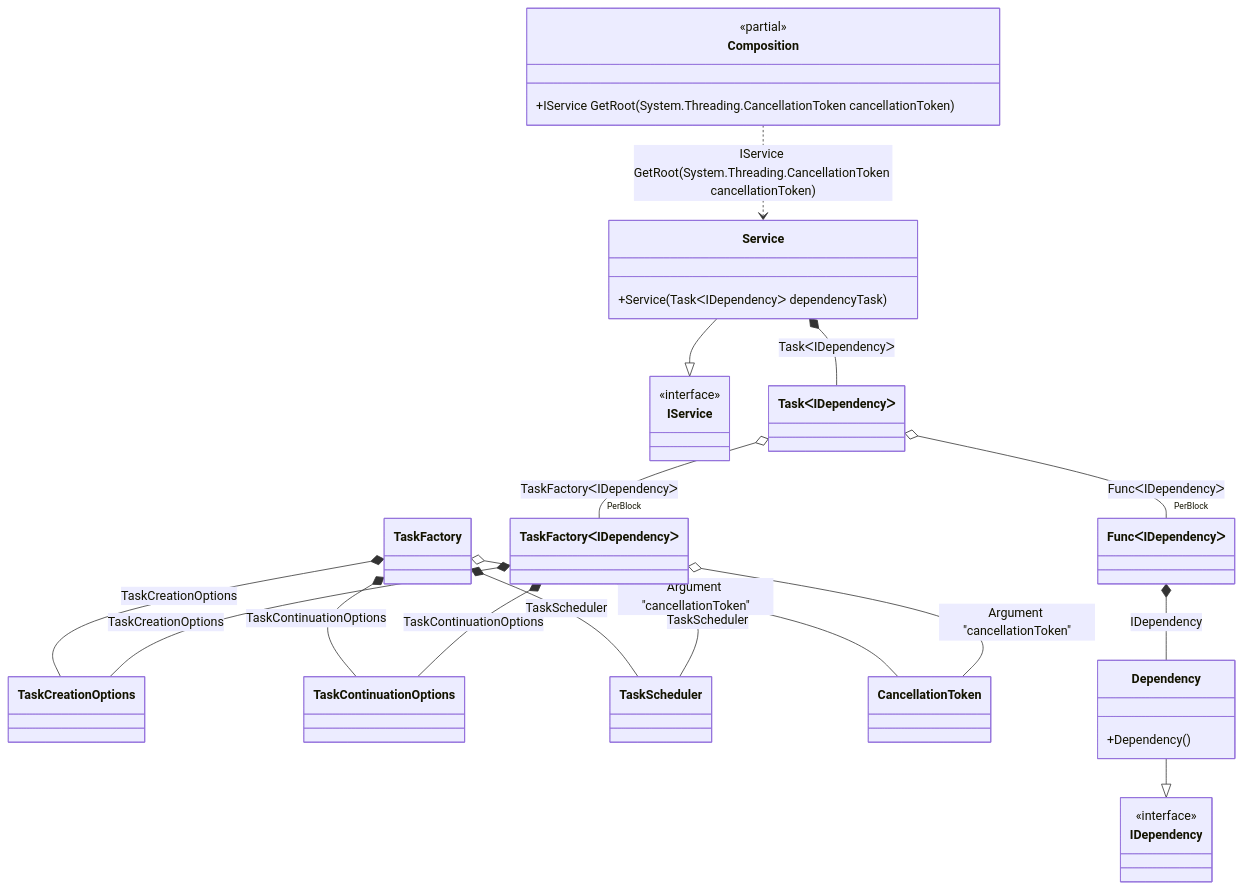
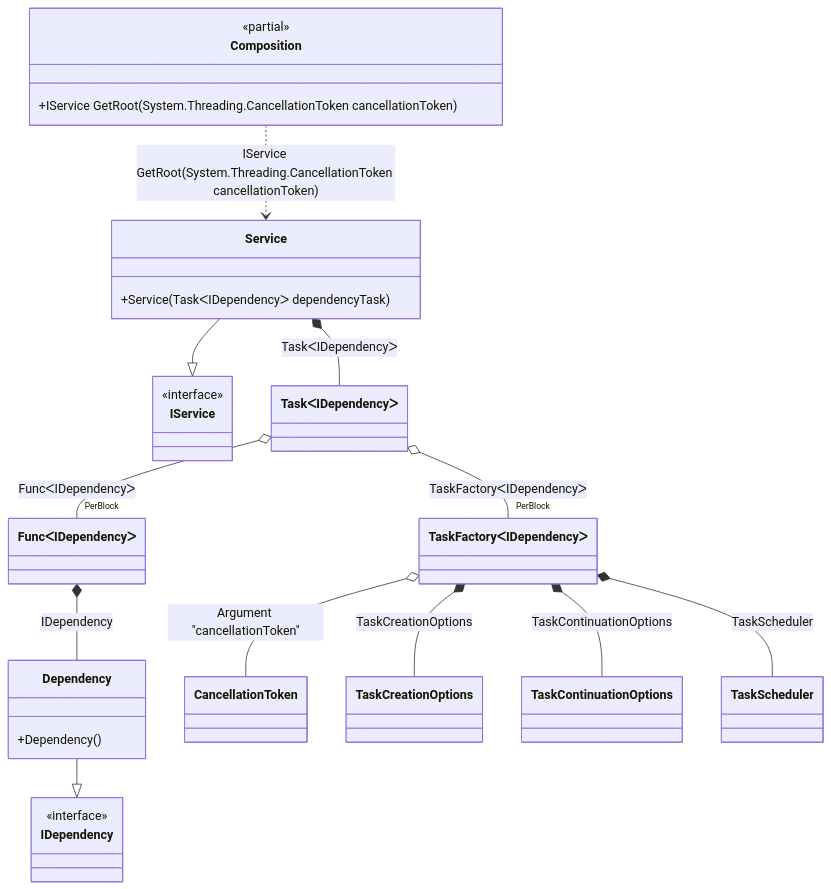
Before and after one commit to DevTeam/Pure.DI: the diagram in readme/task.md, drawn with Mermaid. The commit also changed 92 other files, not shown here.

````diff
--- a/readme/task.md
+++ b/readme/task.md
@@ -110,42 +110,37 @@
 ```mermaid
 classDiagram
 	class Composition {
 		<<partial>>
 		+IService GetRoot(System.Threading.CancellationToken cancellationToken)
-	}
-	class TaskCreationOptions
-	class TaskContinuationOptions
-	class TaskFactory
-	class TaskScheduler
-	class CancellationToken
-	Dependency --|> IDependency
-	class Dependency {
-		+Dependency()
 	}
 	Service --|> IService
 	class Service {
 		+Service(TaskᐸIDependencyᐳ dependencyTask)
 	}
 	class TaskᐸIDependencyᐳ
 	class FuncᐸIDependencyᐳ
 	class TaskFactoryᐸIDependencyᐳ
+	Dependency --|> IDependency
+	class Dependency {
+		+Dependency()
+	}
+	class CancellationToken
+	class TaskCreationOptions
+	class TaskContinuationOptions
+	class TaskScheduler
+	class IService {
+		<<interface>>
+	}
 	class IDependency {
 		<<interface>>
 	}
-	class IService {
-		<<interface>>
-	}
 	Composition ..> Service : IService GetRoot(System.Threading.CancellationToken cancellationToken)
-	TaskFactory o-- CancellationToken : Argument "cancellationToken"
-	TaskFactory *--  TaskCreationOptions : TaskCreationOptions
-	TaskFactory *--  TaskContinuationOptions : TaskContinuationOptions
-	TaskFactory *--  TaskScheduler : TaskScheduler
 	Service *--  TaskᐸIDependencyᐳ : TaskᐸIDependencyᐳ
 	TaskᐸIDependencyᐳ o-- "PerBlock" FuncᐸIDependencyᐳ : FuncᐸIDependencyᐳ
 	TaskᐸIDependencyᐳ o-- "PerBlock" TaskFactoryᐸIDependencyᐳ : TaskFactoryᐸIDependencyᐳ
 	FuncᐸIDependencyᐳ *--  Dependency : IDependency
 	TaskFactoryᐸIDependencyᐳ o-- CancellationToken : Argument "cancellationToken"
 	TaskFactoryᐸIDependencyᐳ *--  TaskCreationOptions : TaskCreationOptions
 	TaskFactoryᐸIDependencyᐳ *--  TaskContinuationOptions : TaskContinuationOptions
 	TaskFactoryᐸIDependencyᐳ *--  TaskScheduler : TaskScheduler
 ```
````
